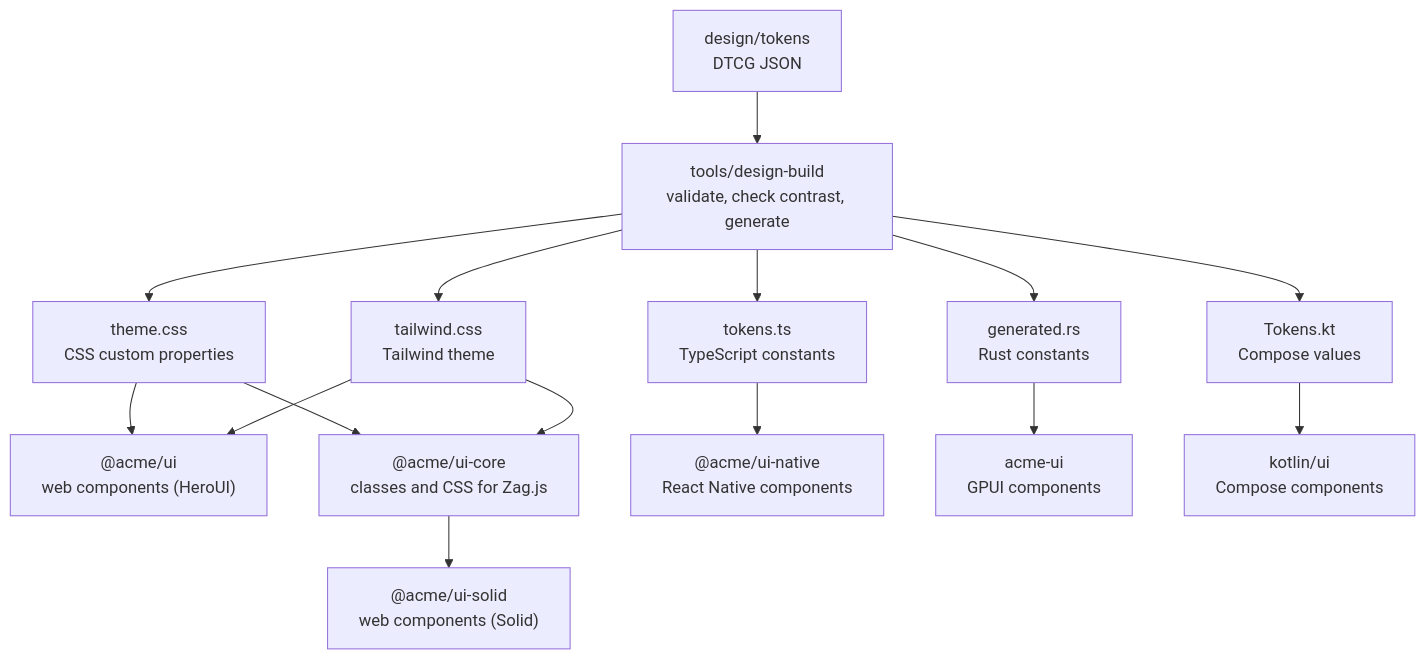
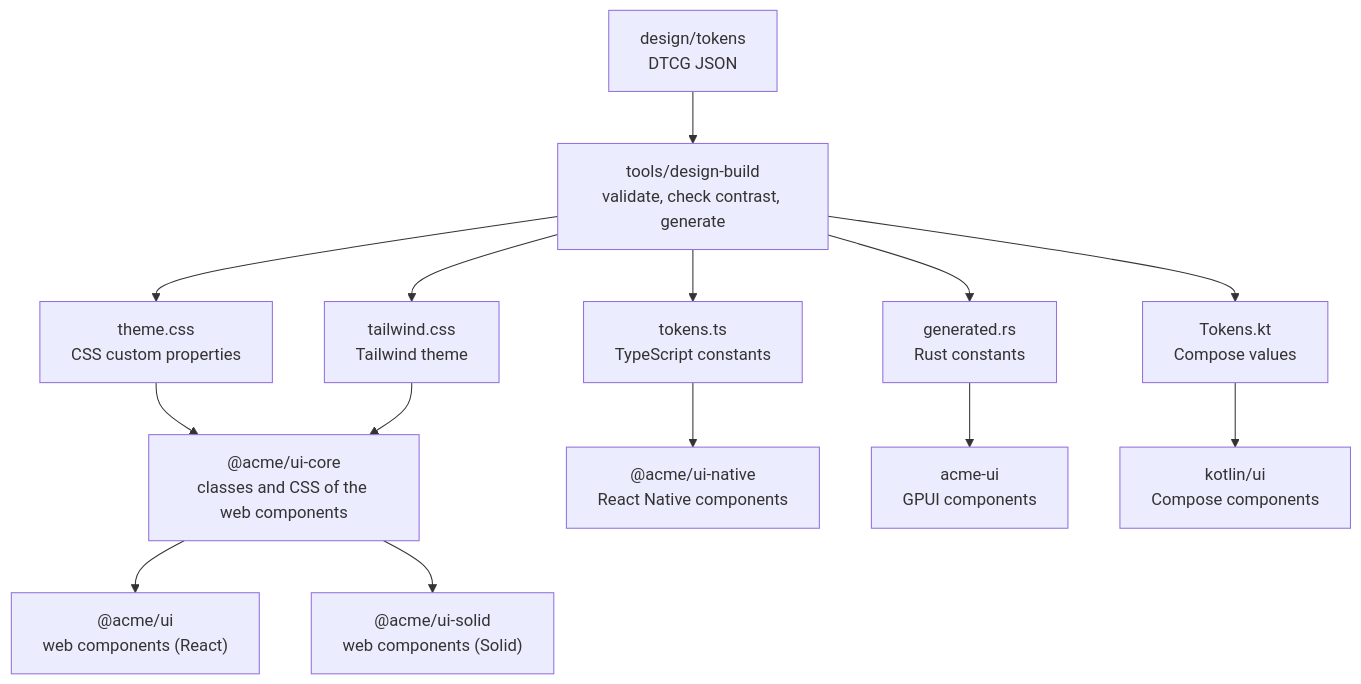
The first of 2 diagrams in docs/design-system.md (kjmin-dev/xds), drawn with Mermaid before and after one commit. The commit also changed other lines of this file and 103 other files, not shown here.

````diff
--- a/docs/design-system.md
+++ b/docs/design-system.md
@@ -14,21 +14,20 @@
 ```mermaid
 flowchart TD
   SRC["design/tokens<br/>DTCG JSON"]
   BUILD["tools/design-build<br/>validate, check contrast, generate"]
   SRC --> BUILD
 
   BUILD --> CSS["theme.css<br/>CSS custom properties"]
   BUILD --> TW["tailwind.css<br/>Tailwind theme"]
   BUILD --> TS["tokens.ts<br/>TypeScript constants"]
   BUILD --> RS["generated.rs<br/>Rust constants"]
   BUILD --> KT["Tokens.kt<br/>Compose values"]
 
-  CSS --> WEB["@acme/ui<br/>web components (HeroUI)"]
-  TW --> WEB
-  CSS --> CORE["@acme/ui-core<br/>classes and CSS for Zag.js"]
+  CSS --> CORE["@acme/ui-core<br/>classes and CSS of the web components"]
   TW --> CORE
+  CORE --> WEB["@acme/ui<br/>web components (React)"]
   CORE --> SOLID["@acme/ui-solid<br/>web components (Solid)"]
   TS --> RN["@acme/ui-native<br/>React Native components"]
   RS --> UI["acme-ui<br/>GPUI components"]
   KT --> CMP["kotlin/ui<br/>Compose components"]
 ```
````
